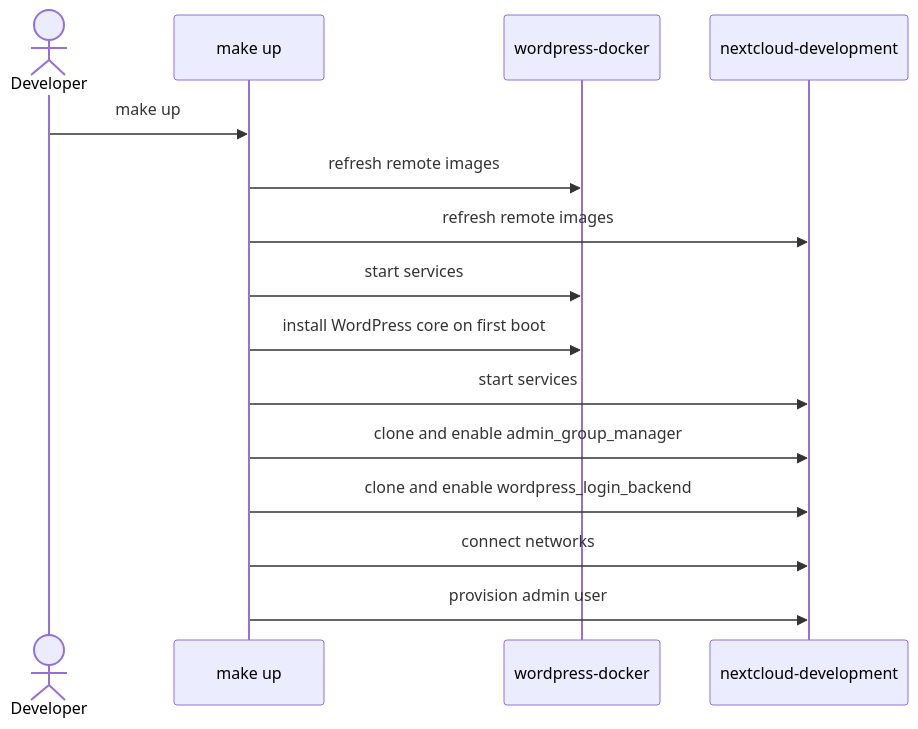
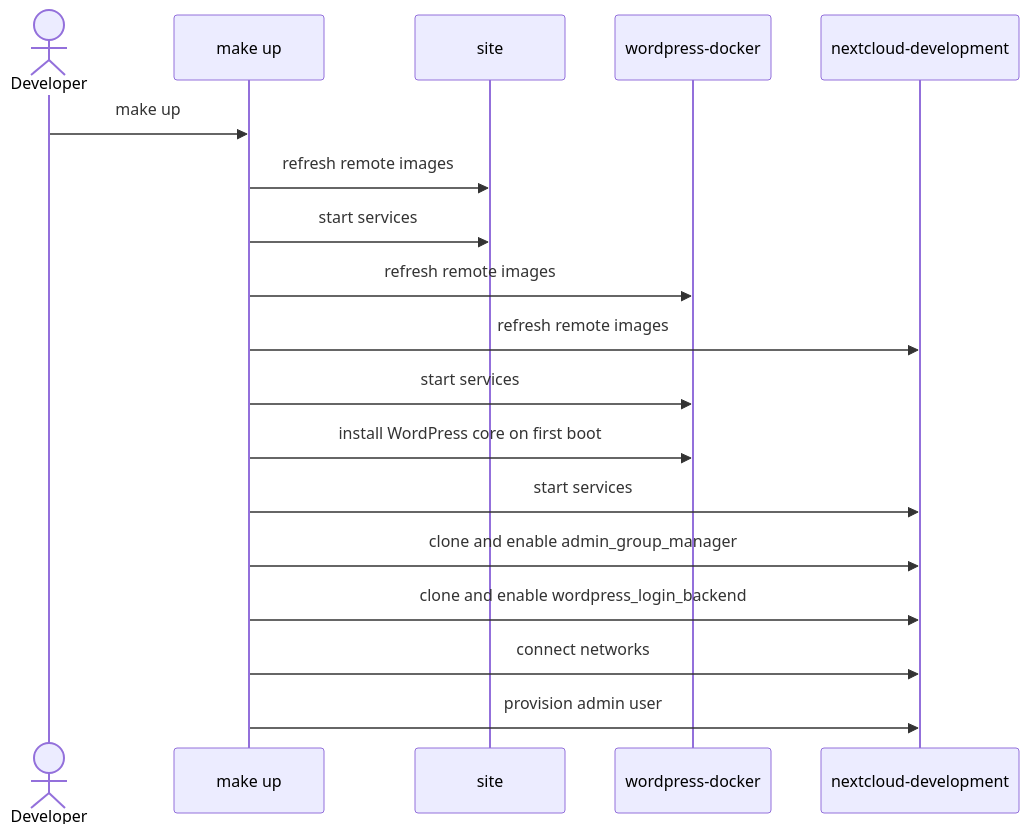
The first of 2 diagrams in README.md (LibreSign/saas), drawn with Mermaid before and after one commit. The commit also changed other lines of this file, not shown here.

Commit message:
docs: document local static site setup

````diff
--- a/README.md
+++ b/README.md
@@ -50,18 +59,21 @@
 ```mermaid
 sequenceDiagram
     actor Dev as Developer
     participant Make as make up
+    participant Site as site
     participant WP as wordpress-docker
     participant NC as nextcloud-development
 
     Dev->>Make: make up
+    Make->>Site: refresh remote images
+    Make->>Site: start services
     Make->>WP: refresh remote images
     Make->>NC: refresh remote images
     Make->>WP: start services
     Make->>WP: install WordPress core on first boot
     Make->>NC: start services
     Make->>NC: clone and enable admin_group_manager
     Make->>NC: clone and enable wordpress_login_backend
     Make->>NC: connect networks
     Make->>NC: provision admin user
 ```
````
